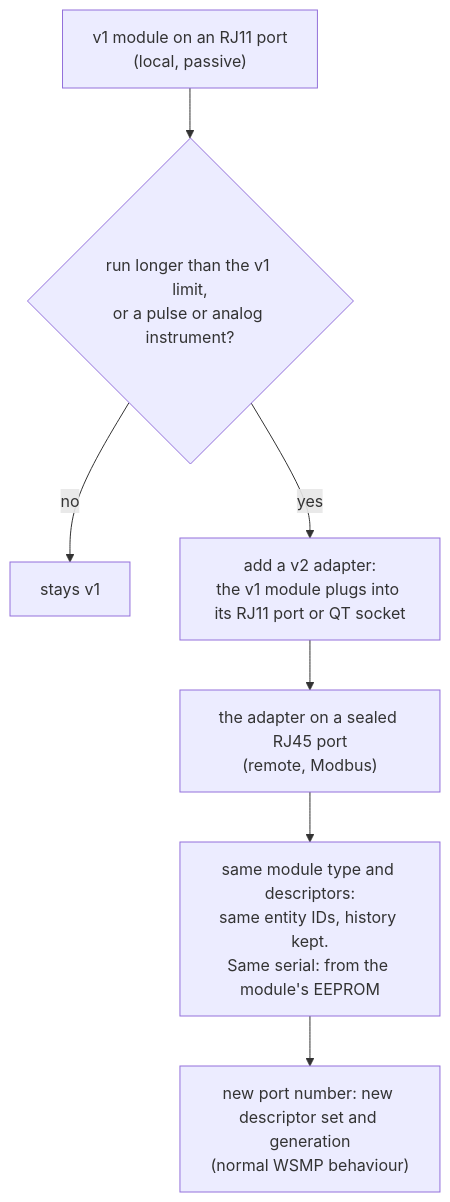
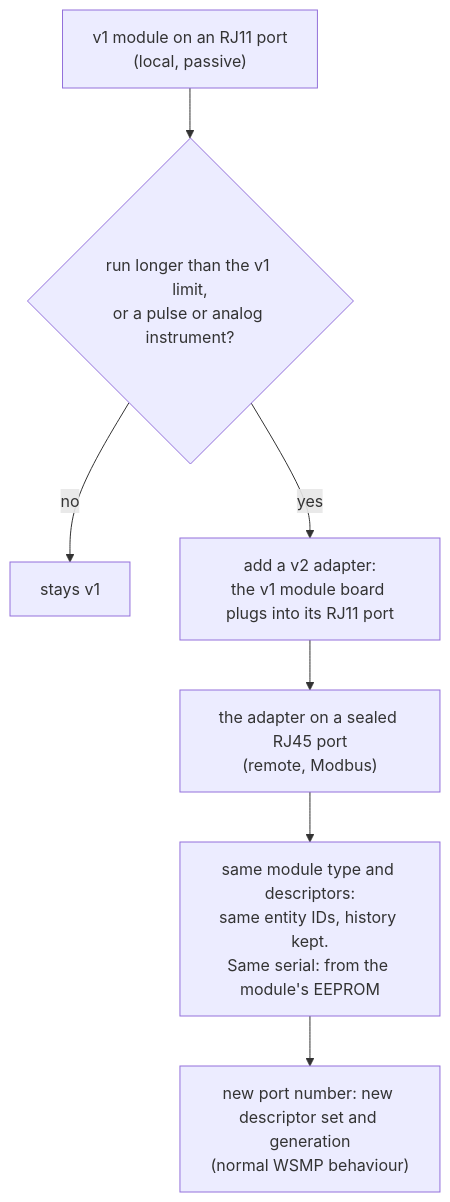
Before and after one commit to clintecker/weather-station-2026: diagram 11 of 11 in docs/superpowers/specs/2026-10-21-sensor-module-ports-design.md, drawn with Mermaid. The commit also changed other lines of this file, not shown here.

First line of the commit message:
Spec: normalize identity, no port sensor without an ID EEPROM

````diff
--- a/docs/superpowers/specs/2026-10-21-sensor-module-ports-design.md
+++ b/docs/superpowers/specs/2026-10-21-sensor-module-ports-design.md
@@ -645,9 +652,9 @@
 ```mermaid
 flowchart TD
   A["v1 module on an RJ11 port<br/>(local, passive)"] --> Q{"run longer than the v1 limit,<br/>or a pulse or analog instrument?"}
   Q -- no --> STAY["stays v1"]
-  Q -- yes --> B["add a v2 adapter:<br/>the v1 module plugs into its RJ11 port or QT socket"]
+  Q -- yes --> B["add a v2 adapter:<br/>the v1 module board plugs into its RJ11 port"]
   B --> C["the adapter on a sealed RJ45 port<br/>(remote, Modbus)"]
   C --> D["same module type and descriptors:<br/>same entity IDs, history kept.<br/>Same serial: from the module's EEPROM"]
   D --> E["new port number: new descriptor set and generation<br/>(normal WSMP behaviour)"]
 ```
````
